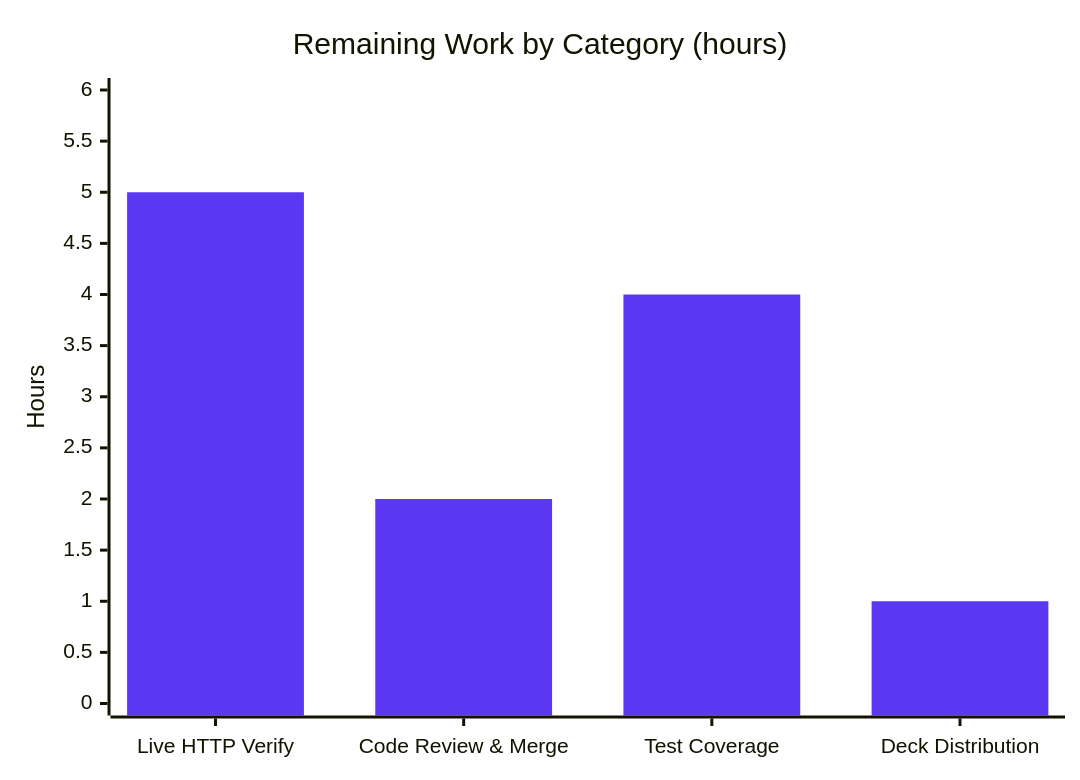
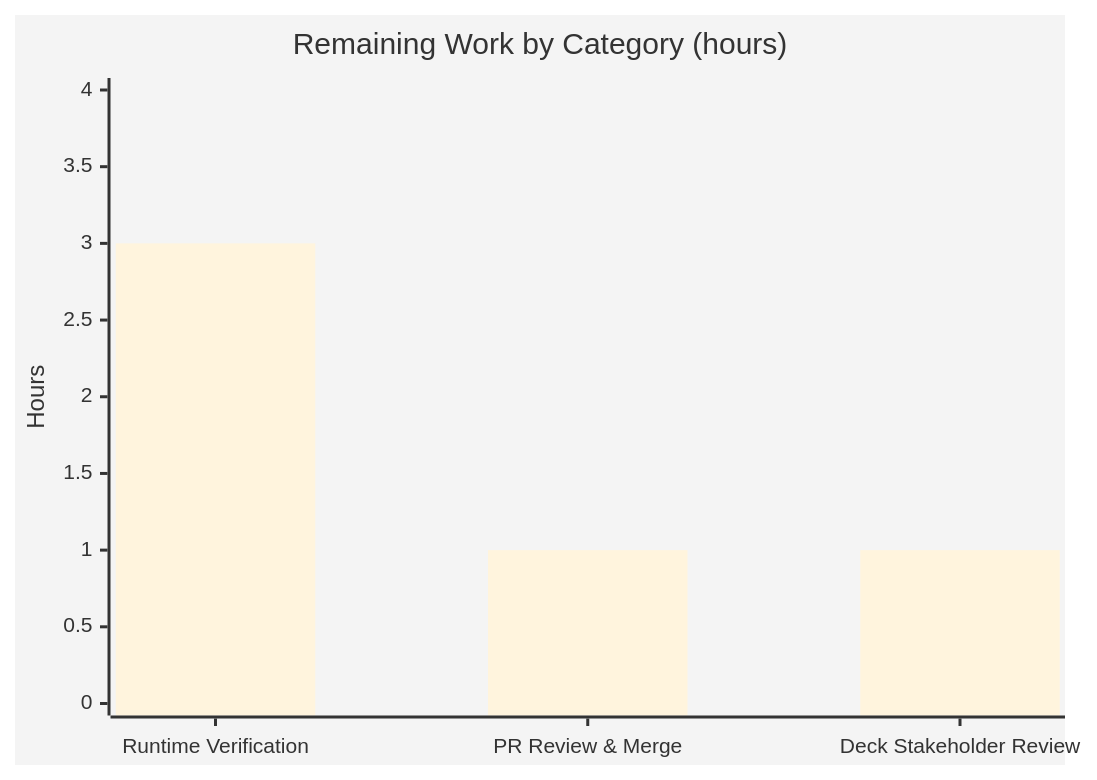
The third of 3 diagrams in blitzy/documentation/Project Guide.md (blitzy-public-samples/blitzy-WebVella-ERP), drawn with Mermaid before and after one commit. The commit also changed other lines of this file, not shown here.

````diff
--- a/blitzy/documentation/Project Guide.md
+++ b/blitzy/documentation/Project Guide.md
@@ -196,8 +212,8 @@
 ```mermaid
-%%{init: {'theme':'base', 'themeVariables': {'xyChart': {'plotColorPalette':'#5B39F3'}}}}%%
+%%{init: {'theme':'base','xyChart':{'plotColorPalette':'#5B39F3'}}}%%
 xychart-beta
     title "Remaining Work by Category (hours)"
-    x-axis ["Live HTTP Verify", "Code Review & Merge", "Test Coverage", "Deck Distribution"]
-    y-axis "Hours" 0 --> 6
-    bar [5, 2, 4, 1]
+    x-axis ["Runtime Verification", "PR Review & Merge", "Deck Stakeholder Review"]
+    y-axis "Hours" 0 --> 4
+    bar [3, 1, 1]
 ```
````
